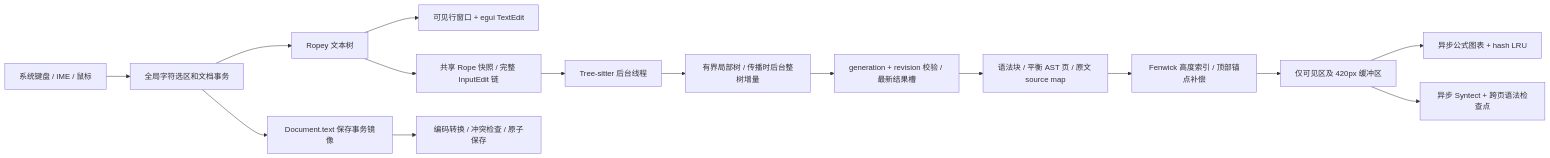
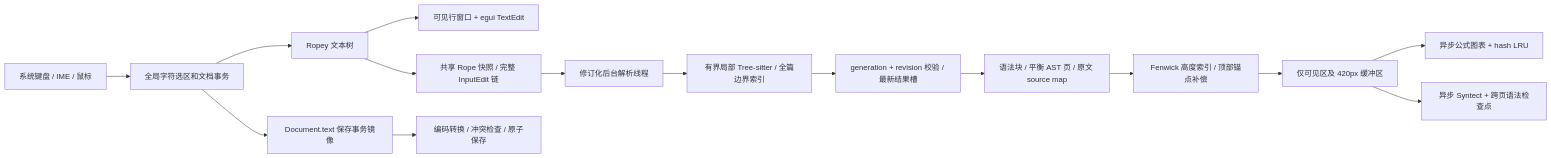
One commit to huwany1/MDcard changed the diagram in docs/LARGE_DOCUMENT_PERFORMANCE.md. Above: the diagram before and after it, drawn with Mermaid. The commit also changed other lines of this file and 38 other files, not shown here.

````diff
--- a/docs/LARGE_DOCUMENT_PERFORMANCE.md
+++ b/docs/LARGE_DOCUMENT_PERFORMANCE.md
@@ -9,17 +9,17 @@
 ```mermaid
 flowchart LR
     Input[系统键盘 / IME / 鼠标] --> Selection[全局字符选区和文档事务]
     Selection --> Rope[Ropey 文本树]
     Selection --> Mirror[Document.text 保存事务镜像]
     Rope --> Source[可见行窗口 + egui TextEdit]
     Rope --> Mailbox[共享 Rope 快照 / 完整 InputEdit 链]
-    Mailbox --> Parse[Tree-sitter 后台线程]
-    Parse --> Local[有界局部树 / 传播时后台整树增量]
+    Mailbox --> Parse[修订化后台解析线程]
+    Parse --> Local[有界局部 Tree-sitter / 全篇边界索引]
     Local --> Revision[generation + revision 校验 / 最新结果槽]
     Revision --> AST[语法块 / 平衡 AST 页 / 原文 source map]
     AST --> Heights[Fenwick 高度索引 / 顶部锚点补偿]
     Heights --> Viewport[仅可见区及 420px 缓冲区]
     Viewport --> Media[异步公式图表 + hash LRU]
     Viewport --> Code[异步 Syntect + 跨页语法检查点]
     Mirror --> Save[编码转换 / 冲突检查 / 原子保存]
 ```
````
